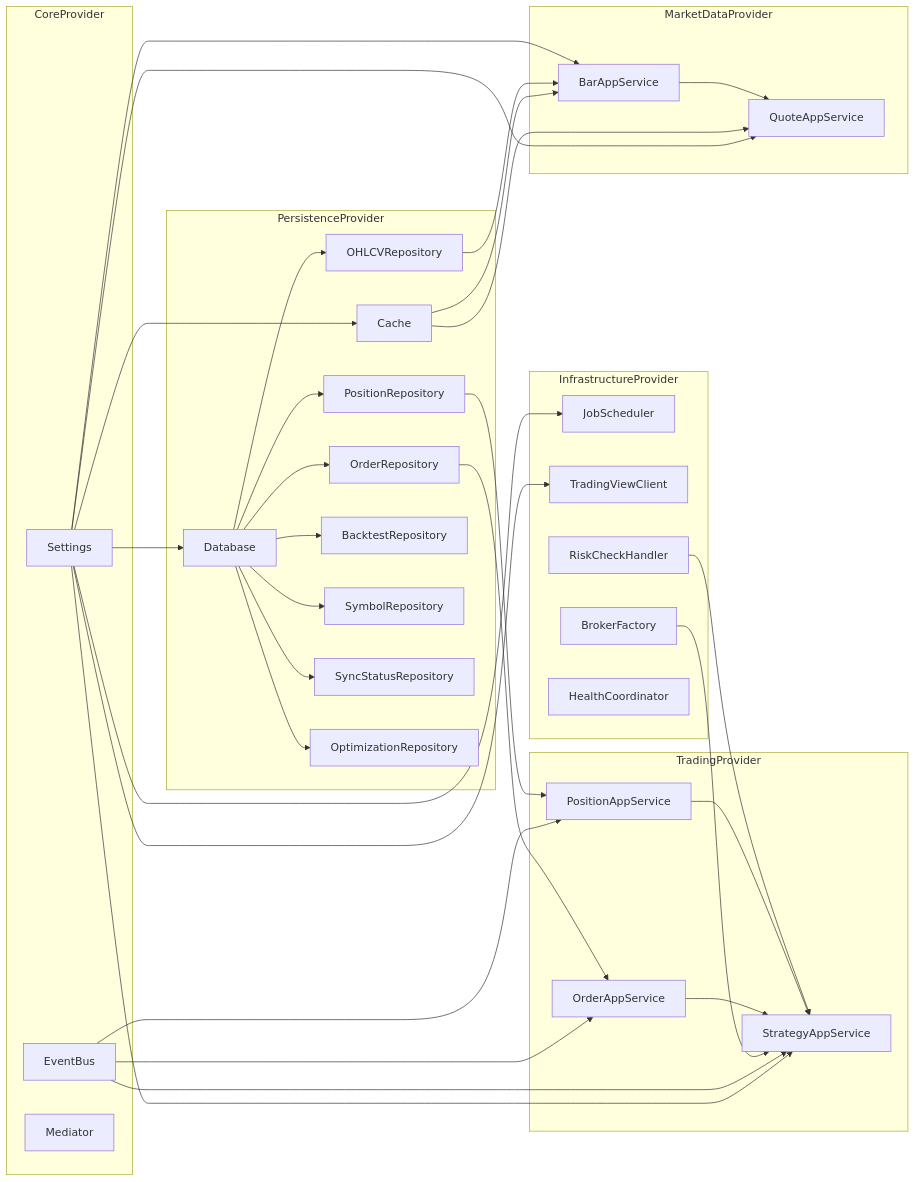
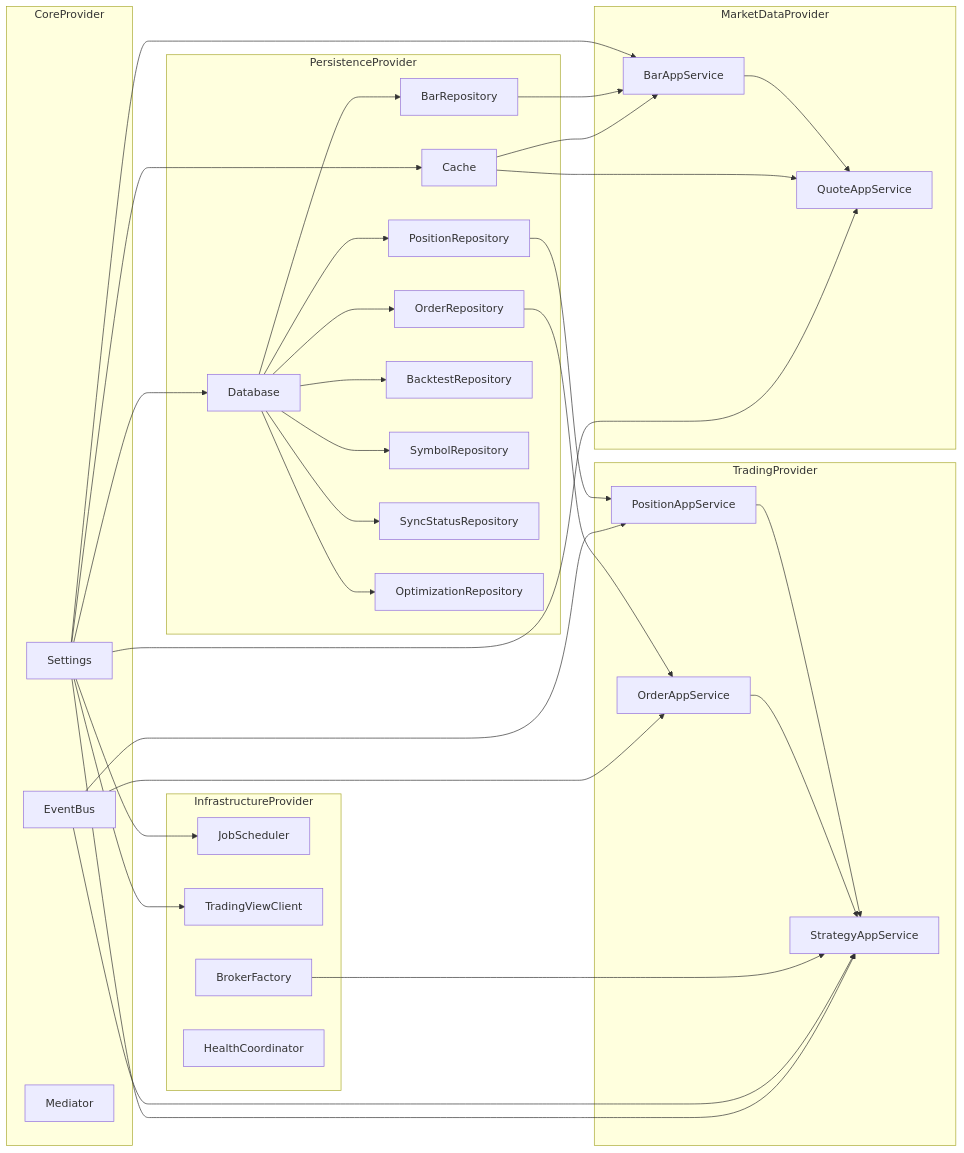
Before and after one commit to camping89/pocketquant: the third of 4 diagrams in docs/architecture-visual-map.md, drawn with Mermaid. The commit also changed other lines of this file and 214 other files, not shown here.

````diff
--- a/docs/architecture-visual-map.md
+++ b/docs/architecture-visual-map.md
@@ -102,73 +196,70 @@
 ```mermaid
 graph LR
     subgraph CoreProvider
         Settings
         EventBus
         Mediator
     end
 
     subgraph PersistenceProvider
         Database
         Cache
-        OHLCVRepo["OHLCVRepository"]
+        BarRepo["BarRepository"]
         OrderRepo["OrderRepository"]
         PositionRepo["PositionRepository"]
         BacktestRepo["BacktestRepository"]
         SymbolRepo["SymbolRepository"]
         SyncRepo["SyncStatusRepository"]
         OptRepo["OptimizationRepository"]
     end
 
     subgraph InfrastructureProvider
         JobScheduler
         TVProvider["TradingViewClient"]
         BrokerFactory
-        RiskHandler["RiskCheckHandler"]
         HealthCoord["HealthCoordinator"]
     end
 
     subgraph MarketDataProvider
         BarAppService
         QuoteAppService
     end
 
     subgraph TradingProvider
         OrderAppService
         PositionAppService
         StrategyAppService
     end
 
     Settings --> Database
     Settings --> Cache
     Settings --> JobScheduler
     Settings --> TVProvider
     Settings --> QuoteAppService
     Settings --> StrategyAppService
 
-    Database --> OHLCVRepo
+    Database --> BarRepo
     Database --> OrderRepo
     Database --> PositionRepo
     Database --> BacktestRepo
     Database --> SymbolRepo
     Database --> SyncRepo
     Database --> OptRepo
 
     Cache --> BarAppService
-    OHLCVRepo --> BarAppService
-
+    BarRepo --> BarAppService
     Settings --> BarAppService
     Cache --> QuoteAppService
     BarAppService --> QuoteAppService
 
     EventBus --> OrderAppService
     OrderRepo --> OrderAppService
 
     EventBus --> PositionAppService
     PositionRepo --> PositionAppService
 
     EventBus --> StrategyAppService
     BrokerFactory --> StrategyAppService
     OrderAppService --> StrategyAppService
     PositionAppService --> StrategyAppService
-    RiskHandler --> StrategyAppService
 ```
````
